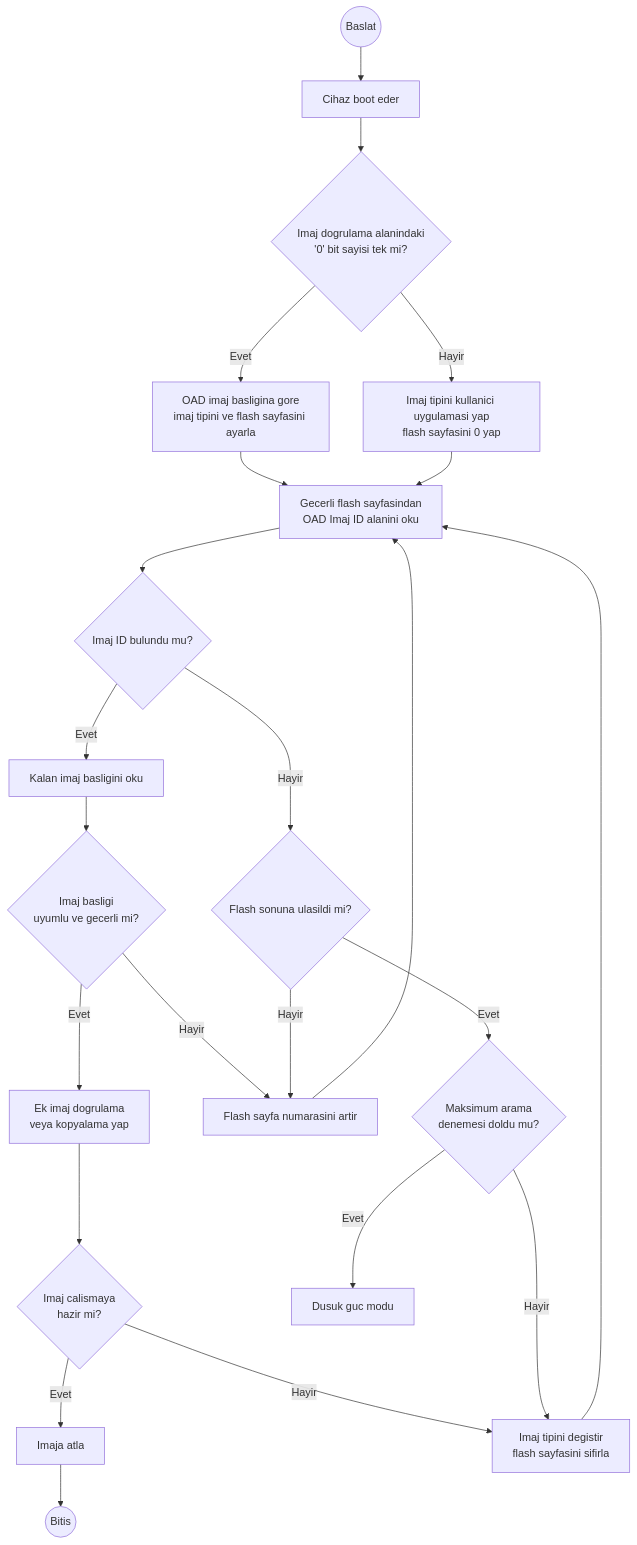
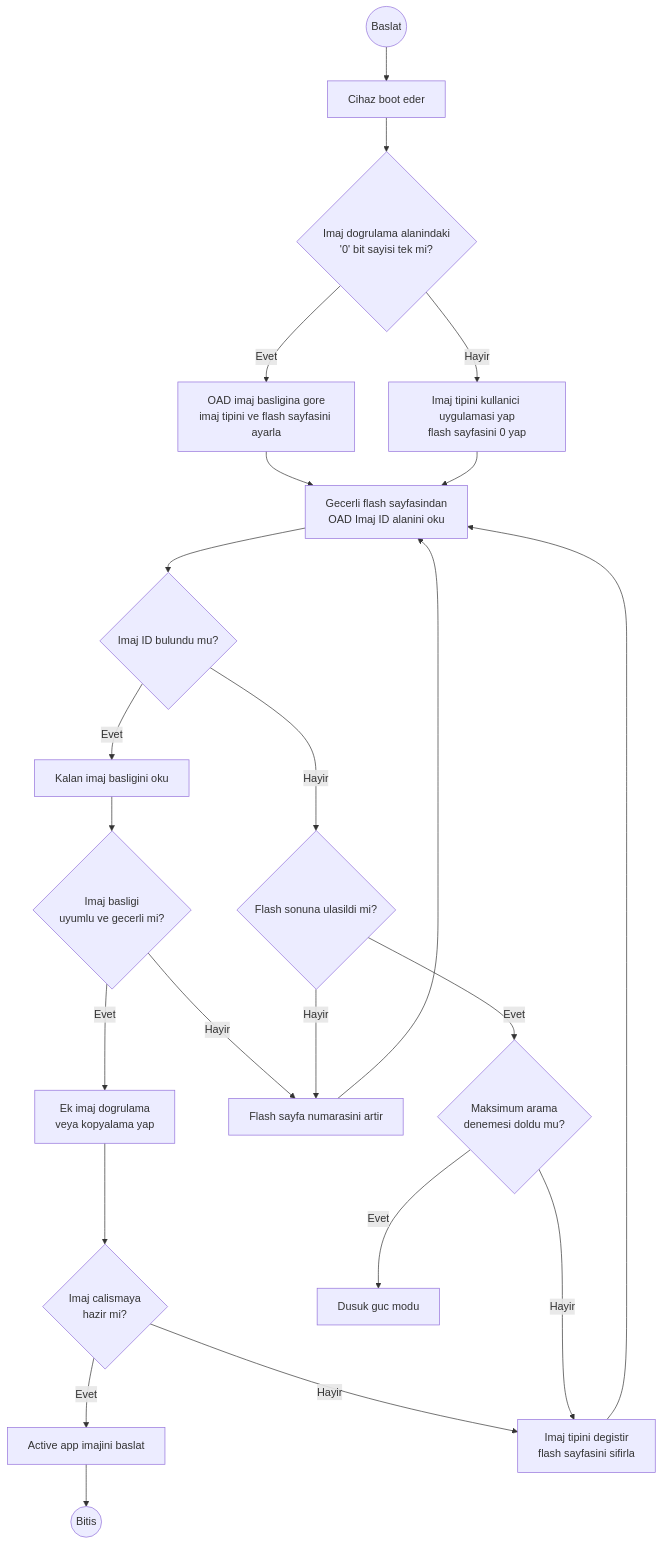
Before and after one commit to YasinEnginn/rehydrator: the diagram in README.md, drawn with Mermaid. The commit also changed other lines of this file and 1 other file, not shown here.

Commit message:
Harden firmware packaging flow

````diff
--- a/README.md
+++ b/README.md
@@ -152,32 +156,32 @@
 ```mermaid
 flowchart TD
   A((Baslat)) --> B[Cihaz boot eder]
   B --> C{Imaj dogrulama alanindaki<br/>'0' bit sayisi tek mi?}
 
   C -- Evet --> D[OAD imaj basligina gore<br/>imaj tipini ve flash sayfasini ayarla]
   C -- Hayir --> E[Imaj tipini kullanici uygulamasi yap<br/>flash sayfasini 0 yap]
 
   D --> F[Gecerli flash sayfasindan<br/>OAD Imaj ID alanini oku]
   E --> F
 
   F --> G{Imaj ID bulundu mu?}
   G -- Evet --> H[Kalan imaj basligini oku]
   G -- Hayir --> I{Flash sonuna ulasildi mi?}
 
   H --> J{Imaj basligi<br/>uyumlu ve gecerli mi?}
   J -- Evet --> K[Ek imaj dogrulama<br/>veya kopyalama yap]
   J -- Hayir --> L[Flash sayfa numarasini artir]
 
   K --> M{Imaj calismaya<br/>hazir mi?}
-  M -- Evet --> N[Imaja atla]
+  M -- Evet --> N[Active app imajini baslat]
   N --> O((Bitis))
   M -- Hayir --> P[Imaj tipini degistir<br/>flash sayfasini sifirla]
 
   I -- Hayir --> L
   I -- Evet --> Q{Maksimum arama<br/>denemesi doldu mu?}
   Q -- Evet --> R[Dusuk guc modu]
   Q -- Hayir --> P
 
   L --> F
   P --> F
 ```
````
